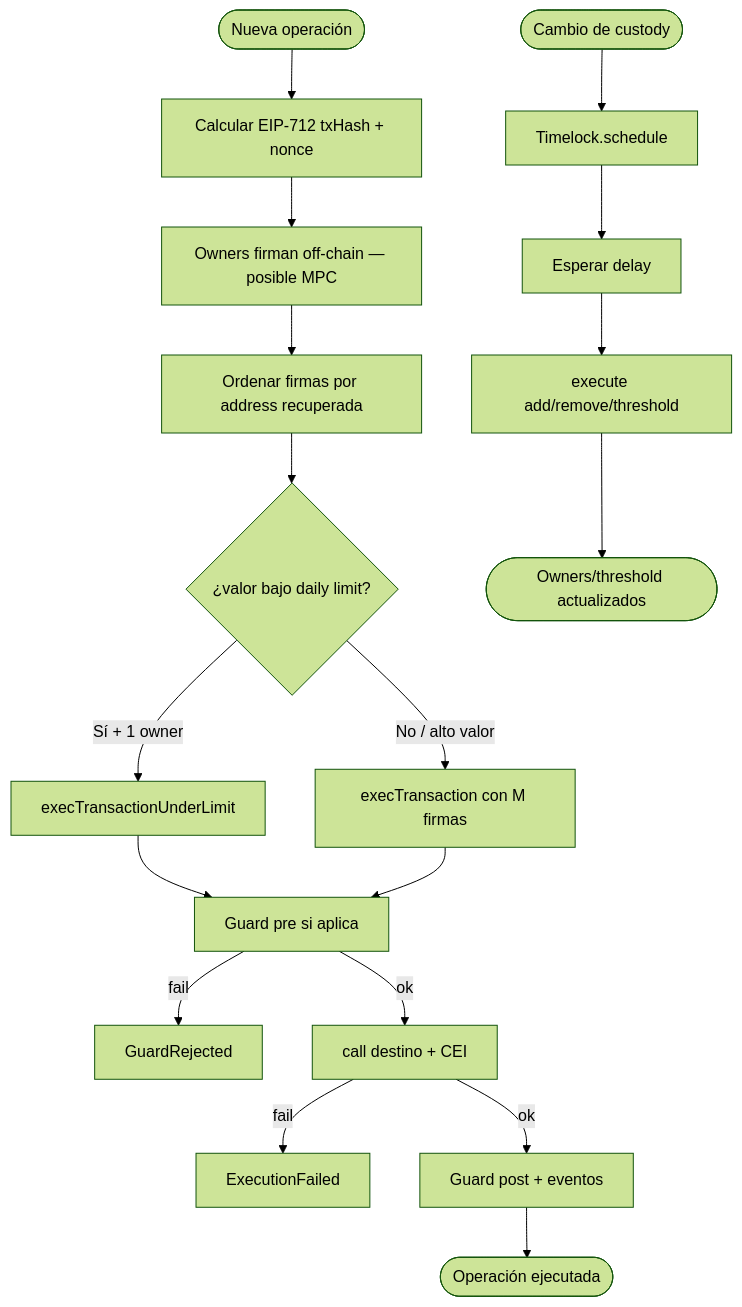
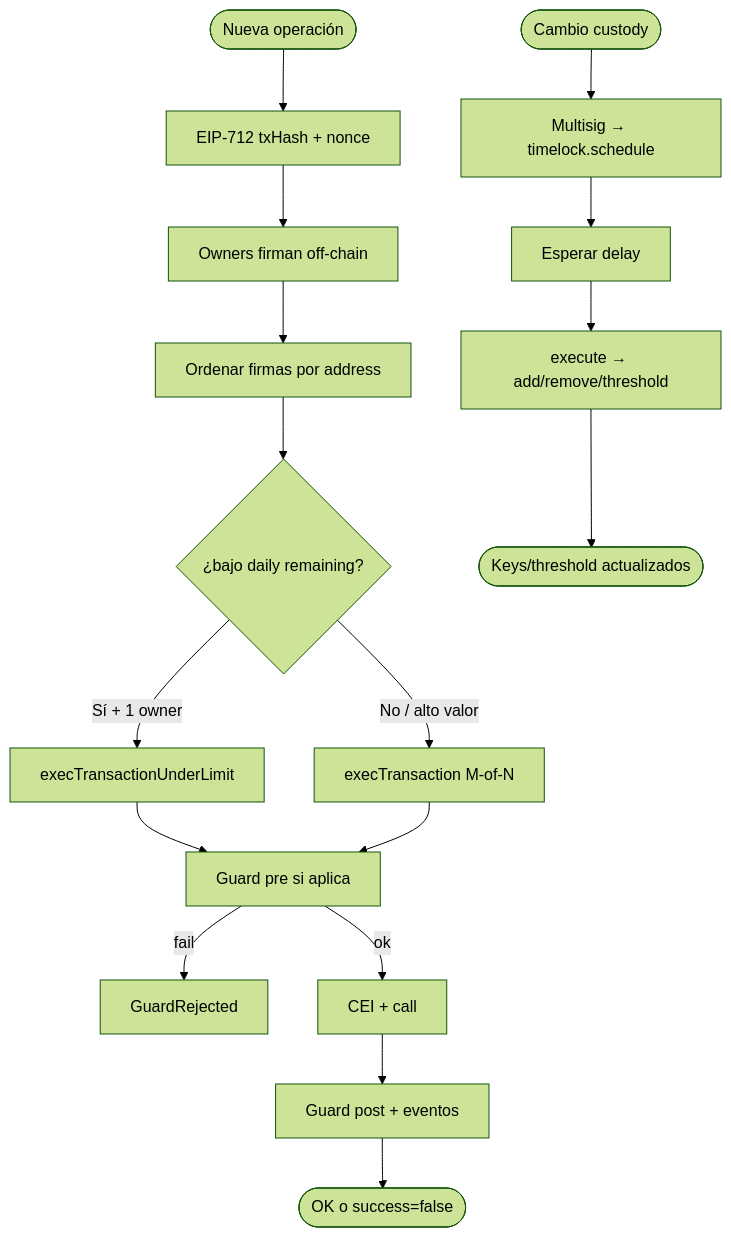
Before and after one commit to rastrahm/institutional-custody-mpc: the second of 6 diagrams in doc/flujograma.md, drawn with Mermaid (forest theme). The commit also changed other lines of this file and 12 other files, not shown here.

````diff
--- a/doc/flujograma.md
+++ b/doc/flujograma.md
@@ -40,21 +39,20 @@
 ```mermaid
 flowchart TD
-    Start([Nueva operación]) --> Hash[Calcular EIP-712 txHash + nonce]
-    Hash --> Collect[Owners firman off-chain — posible MPC]
-    Collect --> Sort[Ordenar firmas por address recuperada]
-    Sort --> Path{¿valor bajo daily limit?}
+    Start([Nueva operación]) --> Hash[EIP-712 txHash + nonce]
+    Hash --> Collect[Owners firman off-chain]
+    Collect --> Sort[Ordenar firmas por address]
+    Sort --> Path{¿bajo daily remaining?}
     Path -->|Sí + 1 owner| Fast[execTransactionUnderLimit]
-    Path -->|No / alto valor| Full[execTransaction con M firmas]
-    Fast --> Guard1[Guard pre si aplica]
-    Full --> Guard1
-    Guard1 -->|fail| RevG[GuardRejected]
-    Guard1 -->|ok| Exec[call destino + CEI]
-    Exec -->|fail| RevE[ExecutionFailed]
-    Exec -->|ok| Post[Guard post + eventos]
-    Post --> Done([Operación ejecutada])
+    Path -->|No / alto valor| Full[execTransaction M-of-N]
+    Fast --> Guard[Guard pre si aplica]
+    Full --> Guard
+    Guard -->|fail| RevG[GuardRejected]
+    Guard -->|ok| Exec[CEI + call]
+    Exec --> Post[Guard post + eventos]
+    Post --> Done([OK o success=false])
 
-    Start2([Cambio de custody]) --> Sched[Timelock.schedule]
+    Start2([Cambio custody]) --> Sched[Multisig → timelock.schedule]
     Sched --> Wait[Esperar delay]
-    Wait --> Apply[execute add/remove/threshold]
-    Apply --> Updated([Owners/threshold actualizados])
+    Wait --> Apply[execute → add/remove/threshold]
+    Apply --> Updated([Keys/threshold actualizados])
 ```
````
